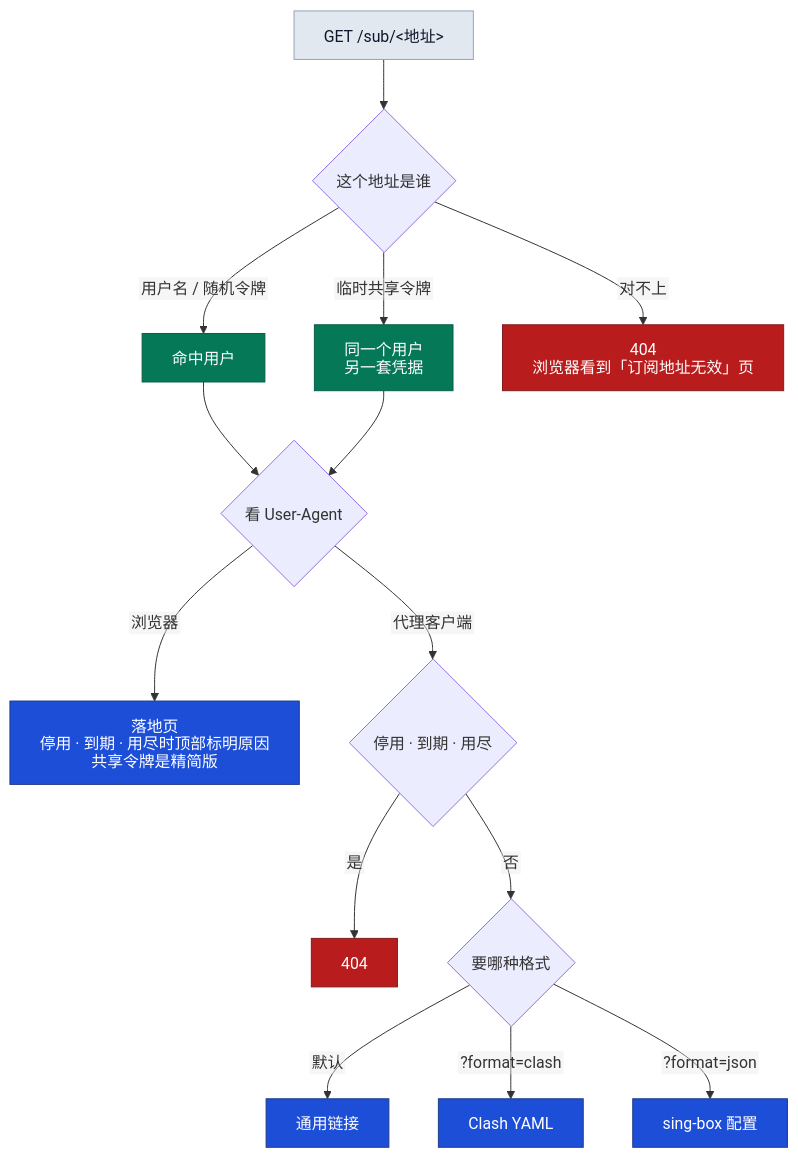
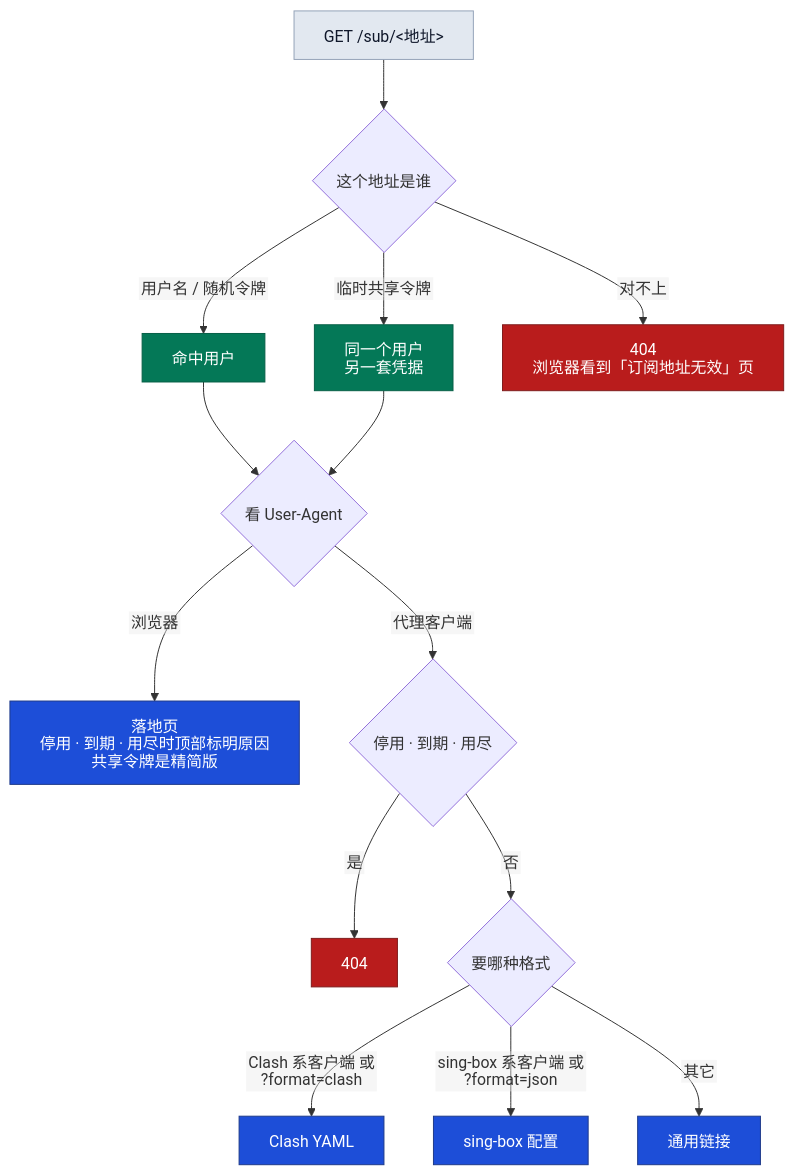
Before and after one commit to Maoyangui/m-ui: the diagram in docs/diagrams/subscription.mmd, drawn with Mermaid. The commit also changed 8 other files, not shown here.

Commit message:
文档:订阅流程图重新出图,写明不带 format 时按客户端自动给格式(Clash 系给 Clash、sing-box 系给 sing-box、其它给通用链接)

```diff
--- a/docs/diagrams/subscription.mmd
+++ b/docs/diagrams/subscription.mmd
@@ -1,32 +1,32 @@
 ---
 config:
   htmlLabels: false
   markdownAutoWrap: false
   flowchart:
     htmlLabels: false
     wrappingWidth: 600
 ---
 flowchart TD
   Q["GET /sub/&lt;地址&gt;"] --> WHO{"这个地址是谁"}
   WHO -->|"用户名 / 随机令牌"| U["命中用户"]
   WHO -->|"临时共享令牌"| S["同一个用户<br/>另一套凭据"]
   WHO -->|"对不上"| E["404<br/>浏览器看到「订阅地址无效」页"]
   U --> UA{"看 User-Agent"}
   S --> UA
   UA -->|"浏览器"| P["落地页<br/>停用 · 到期 · 用尽时顶部标明原因<br/>共享令牌是精简版"]
   UA -->|"代理客户端"| B{"停用 · 到期 · 用尽"}
   B -->|"是"| X["404"]
   B -->|"否"| F{"要哪种格式"}
-  F -->|"默认"| F1["通用链接"]
-  F -->|"?format=clash"| F2["Clash YAML"]
-  F -->|"?format=json"| F3["sing-box 配置"]
+  F -->|"Clash 系客户端 或 ?format=clash"| F2["Clash YAML"]
+  F -->|"sing-box 系客户端 或 ?format=json"| F3["sing-box 配置"]
+  F -->|"其它"| F1["通用链接"]
 
   classDef svc fill:#1d4ed8,stroke:#1e3a8a,color:#ffffff,stroke-width:1px
   classDef who fill:#e2e8f0,stroke:#94a3b8,color:#0f172a,stroke-width:1px
   classDef data fill:#334155,stroke:#0f172a,color:#ffffff,stroke-width:1px
   classDef exit fill:#047857,stroke:#065f46,color:#ffffff,stroke-width:1px
   classDef warn fill:#b91c1c,stroke:#7f1d1d,color:#ffffff,stroke-width:1px
   class U,S exit
   class E,X warn
   class P,F1,F2,F3 svc
   class Q who
```
